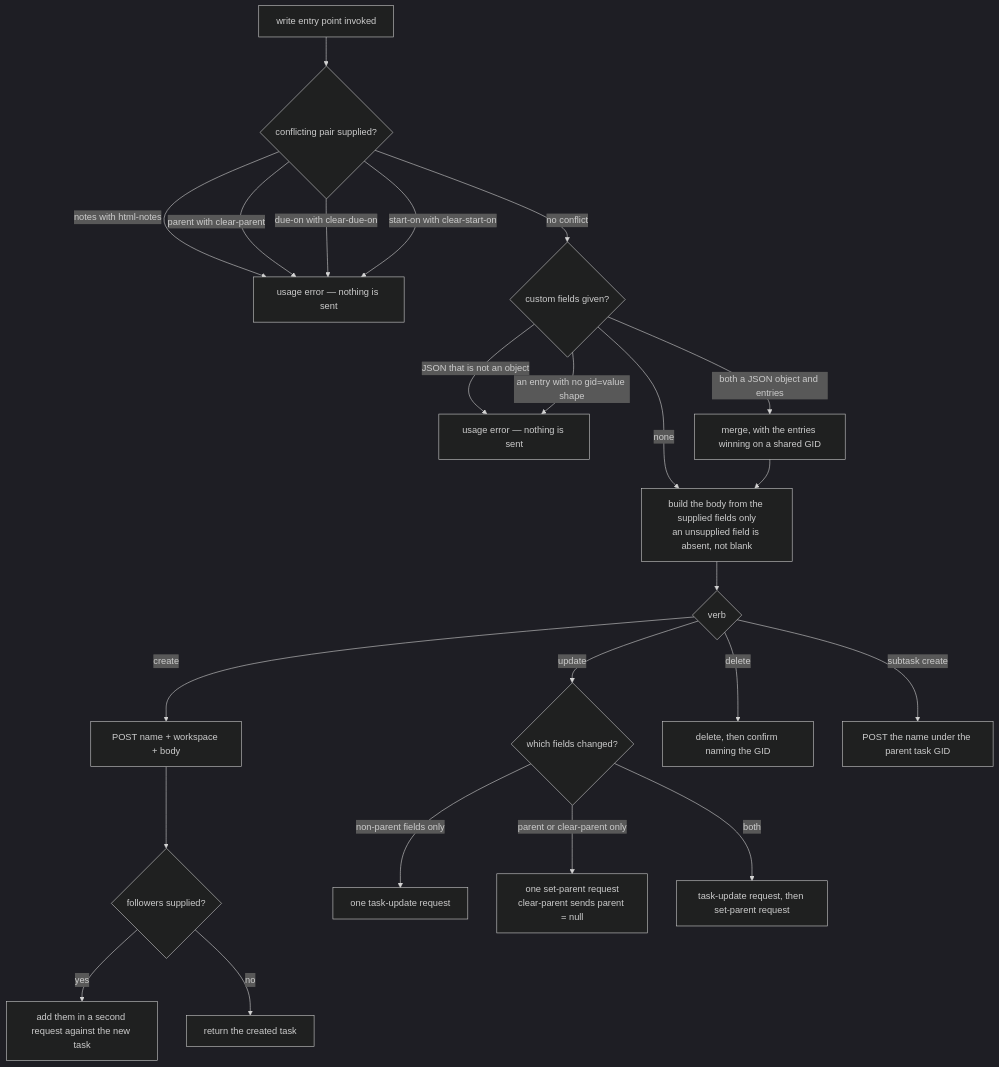
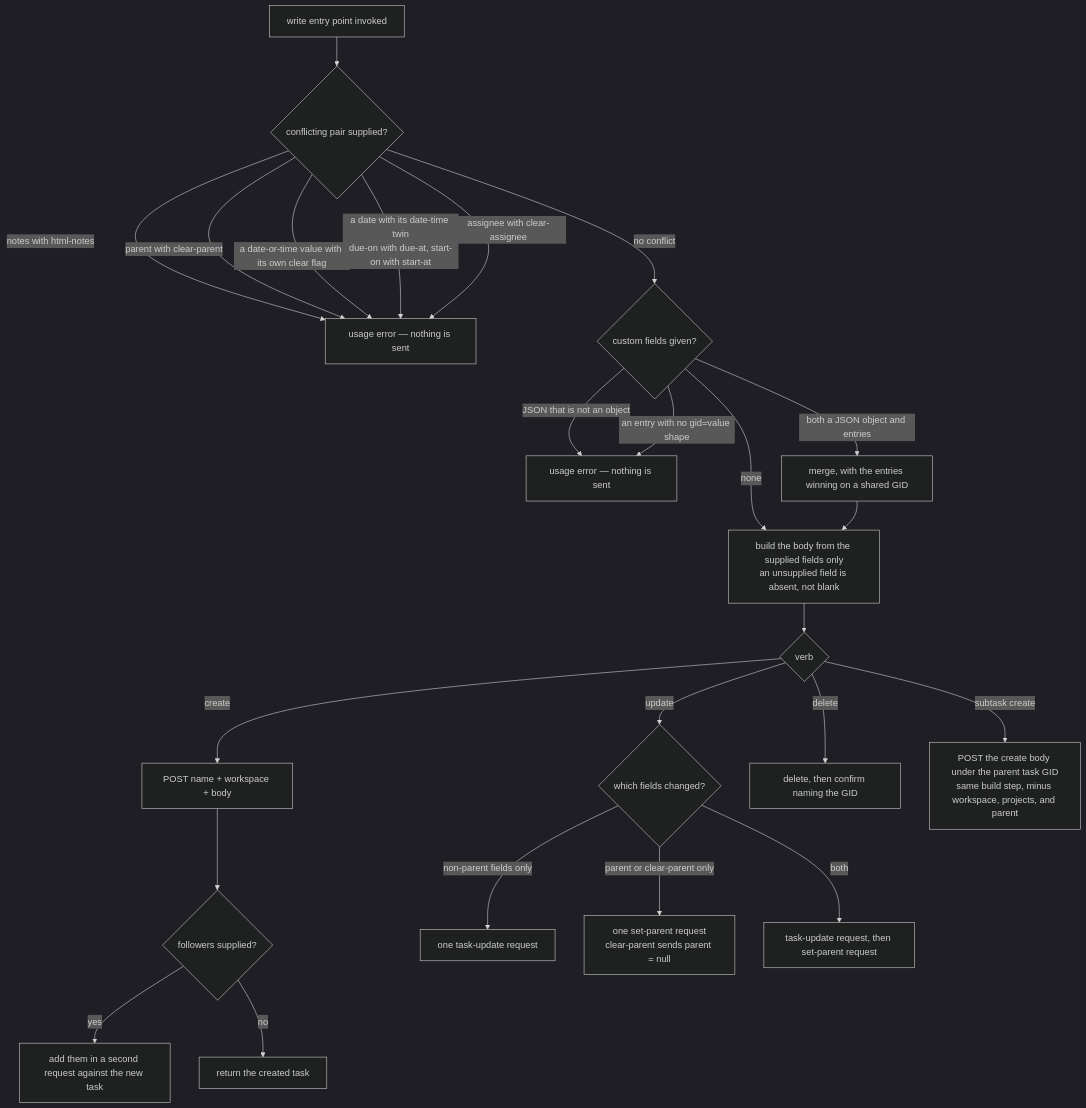
The third of 5 diagrams in packages/cyber-asana/.agents/spec/tasks/README.md (cyberuni/asana-agent), drawn with Mermaid (dark theme) before and after one commit. The commit also changed other lines of this file and 4 other files, not shown here.

````diff
--- a/packages/cyber-asana/.agents/spec/tasks/README.md
+++ b/packages/cyber-asana/.agents/spec/tasks/README.md
@@ -261,25 +261,26 @@
 ```mermaid
 graph TD
   W[write entry point invoked] --> WX{conflicting pair supplied?}
   WX -->|notes with html-notes| WXE[usage error — nothing is sent]
   WX -->|parent with clear-parent| WXE
-  WX -->|due-on with clear-due-on| WXE
-  WX -->|start-on with clear-start-on| WXE
+  WX -->|a date-or-time value with its own clear flag| WXE
+  WX -->|a date with its date-time twin<br/>due-on with due-at, start-on with start-at| WXE
+  WX -->|assignee with clear-assignee| WXE
   WX -->|no conflict| WC{custom fields given?}
   WC -->|JSON that is not an object| WCE[usage error — nothing is sent]
   WC -->|an entry with no gid=value shape| WCE
   WC -->|both a JSON object and entries| WCM[merge, with the entries winning on a shared GID]
   WC -->|none| WB
   WCM --> WB[build the body from the supplied fields only<br/>an unsupplied field is absent, not blank]
   WB --> WV{verb}
   WV -->|create| WCR[POST name + workspace + body]
   WCR --> WCF{followers supplied?}
   WCF -->|yes| WCFY[add them in a second request against the new task]
   WCF -->|no| WCFN[return the created task]
   WV -->|update| WU{which fields changed?}
   WU -->|non-parent fields only| WU1[one task-update request]
   WU -->|parent or clear-parent only| WU2[one set-parent request<br/>clear-parent sends parent = null]
   WU -->|both| WU3[task-update request, then set-parent request]
   WV -->|delete| WD[delete, then confirm naming the GID]
-  WV -->|subtask create| WS[POST the name under the parent task GID]
+  WV -->|subtask create| WS[POST the create body under the parent task GID<br/>same build step, minus workspace, projects, and parent]
 ```
````
